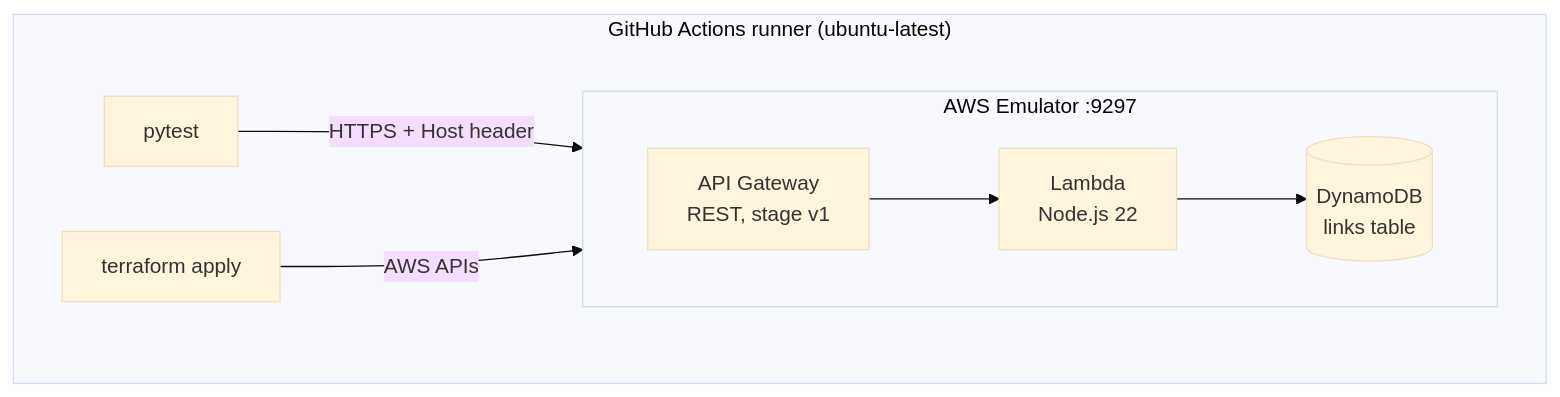
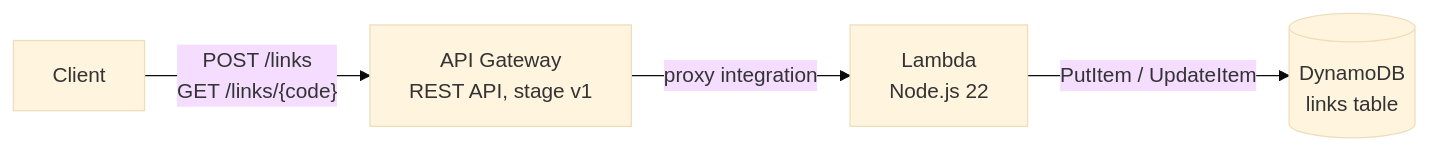
One commit to ilyasZAOUIA/aws-emulator-serverless-ci changed the diagram in README.md. Above: the diagram before and after it, drawn with Mermaid (base theme). The commit also changed other lines of this file, not shown here.

````diff
--- a/README.md
+++ b/README.md
@@ -26,12 +26,6 @@
 ```mermaid
 flowchart LR
-    subgraph runner["GitHub Actions runner (ubuntu-latest)"]
-        direction LR
-        T[pytest] -- "HTTPS + Host header" --> E
-        TF[terraform apply] -- "AWS APIs" --> E
-        subgraph E["AWS Emulator :9297"]
-            direction LR
-            APIGW[API Gateway<br/>REST, stage v1] --> L[Lambda<br/>Node.js 22] --> D[(DynamoDB<br/>links table)]
-        end
-    end
+    client[Client] -- "POST /links<br/>GET /links/{code}" --> apigw[API Gateway<br/>REST API, stage v1]
+    apigw -- "proxy integration" --> lambda[Lambda<br/>Node.js 22]
+    lambda -- "PutItem / UpdateItem" --> ddb[(DynamoDB<br/>links table)]
 ```
````
